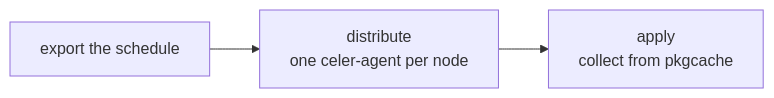
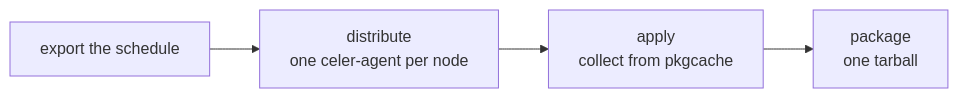
One commit to celer-pkg/celer changed the diagram in deploy/jenkins/README.md. Above: the diagram before and after it, drawn with Mermaid. The commit also changed other lines of this file and 2 other files, not shown here.

````diff
--- a/deploy/jenkins/README.md
+++ b/deploy/jenkins/README.md
@@ -29,5 +29,6 @@
 ```mermaid
 flowchart LR
     E["export the schedule"] --> D["distribute<br/>one celer-agent per node"]
     D --> A["apply<br/>collect from pkgcache"]
+    A --> P["package<br/>one tarball"]
 ```
````
